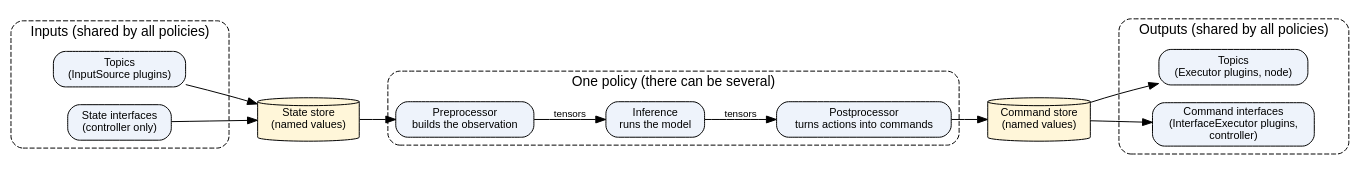
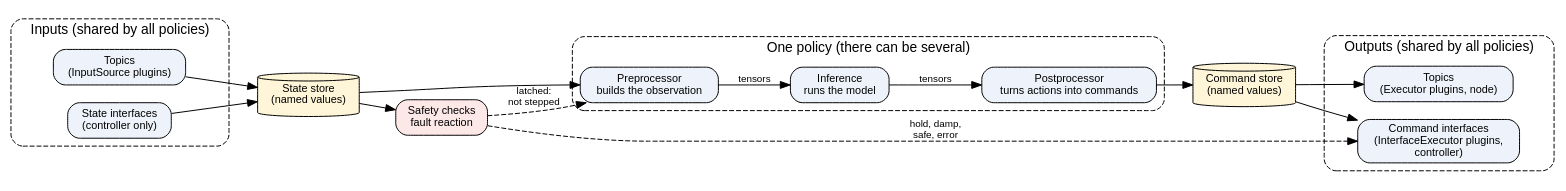
The diagram in docs/overview.rst (saikishor/ros2_policy_framework), drawn with Graphviz before and after one commit. The commit also changed other lines of this file, not shown here.

Commit message:
Add safety to the overview diagram and vocabulary

```diff
--- a/docs/overview.rst
+++ b/docs/overview.rst
@@ -20,37 +20,41 @@
 .. graphviz::
 
    digraph architecture {
      rankdir=LR;
      node [shape=box, style="rounded,filled", fillcolor="#eef3fb", fontname="Helvetica", fontsize=11];
      edge [fontname="Helvetica", fontsize=10];
 
      subgraph cluster_in {
        label="Inputs (shared by all policies)"; style="rounded,dashed"; fontname="Helvetica";
        topics_in [label="Topics\n(InputSource plugins)"];
        ifaces_in [label="State interfaces\n(controller only)"];
      }
      state [label="State store\n(named values)", shape=cylinder, fillcolor="#fff6d9"];
 
      subgraph cluster_policy {
        label="One policy (there can be several)"; style="rounded,dashed"; fontname="Helvetica";
        pre [label="Preprocessor\nbuilds the observation"];
        inf [label="Inference\nruns the model"];
        post [label="Postprocessor\nturns actions into commands"];
        pre -> inf [label="tensors"];
        inf -> post [label="tensors"];
      }
      commands [label="Command store\n(named values)", shape=cylinder, fillcolor="#fff6d9"];
+     safety [label="Safety checks\nfault reaction", fillcolor="#fde8e8"];
 
      subgraph cluster_out {
        label="Outputs (shared by all policies)"; style="rounded,dashed"; fontname="Helvetica";
        topics_out [label="Topics\n(Executor plugins, node)"];
        ifaces_out [label="Command interfaces\n(InterfaceExecutor plugins,\ncontroller)"];
      }
 
      topics_in -> state;
      ifaces_in -> state;
      state -> pre;
      post -> commands;
      commands -> topics_out;
      commands -> ifaces_out;
+     state -> safety;
+     safety -> pre [label="latched:\nnot stepped", style=dashed];
+     safety -> ifaces_out [label="hold, damp,\nsafe, error", style=dashed];
    }
```
